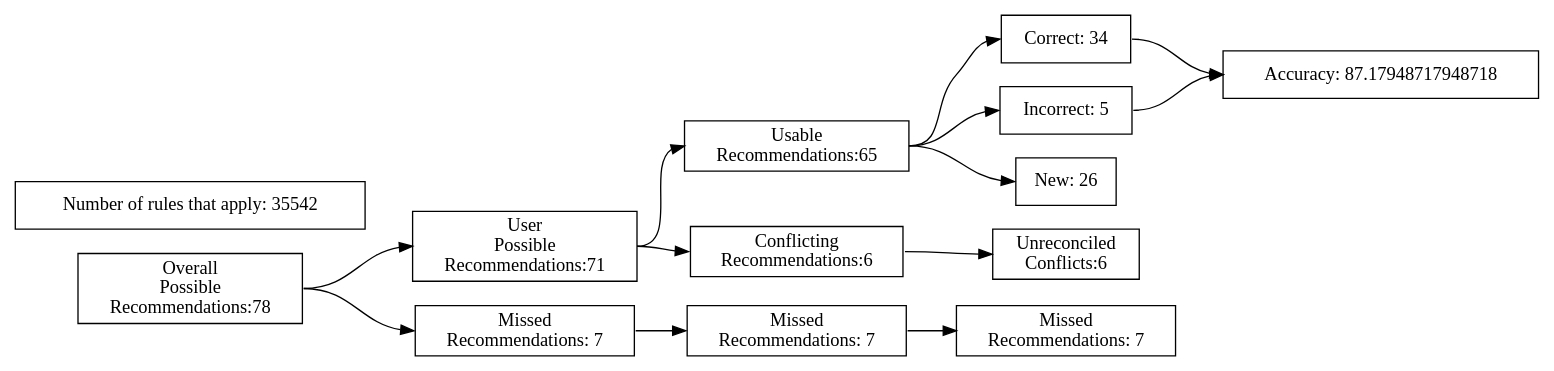
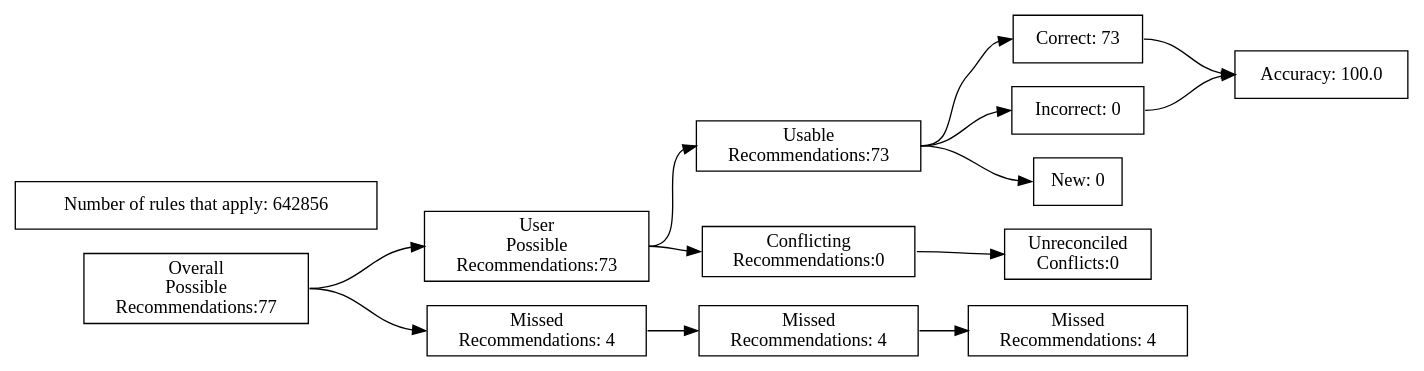
The diagram in test_renders/83.gv (ZaxR/ibd_diet_analysis), drawn with Graphviz before and after one commit. The commit also changed 224 other files, not shown here.

Commit message:
Add model summary chart; fix typos

```diff
--- a/test_renders/83.gv
+++ b/test_renders/83.gv
@@ -1,40 +1,40 @@
 digraph {
 	graph [rankdir=LR]
 	node [pos=r shape=box]
 	edge [headport=w tailport=e]
 		A [label="Overall
 Possible
-Recommendations:78"]
+Recommendations:77"]
 		B [label="User
 Possible
-Recommendations:71"]
+Recommendations:73"]
 		C [label="Missed
-Recommendations: 7"]
+Recommendations: 4"]
 		D [label="Usable
-Recommendations:65"]
+Recommendations:73"]
 		E [label="Conflicting
-Recommendations:6"]
+Recommendations:0"]
 		J [label="Missed
-Recommendations: 7"]
+Recommendations: 4"]
 		M [label="Unreconciled
-Conflicts:6"]
-		F [label="Correct: 34"]
-		G [label="Incorrect: 5"]
-		H [label="New: 26"]
+Conflicts:0"]
+		F [label="Correct: 73"]
+		G [label="Incorrect: 0"]
+		H [label="New: 0"]
 		K [label="Missed
-Recommendations: 7"]
-		I [label="Accuracy: 87.17948717948718"]
-		l [label="Number of rules that apply: 35542"]
+Recommendations: 4"]
+		I [label="Accuracy: 100.0"]
+		l [label="Number of rules that apply: 642856"]
 			A -> B
 			A -> C
 			B -> D
 			B -> E
 			D -> F
 			D -> G
 			D -> H
 			F -> I
 			G -> I
 			C -> J
 			J -> K
 			E -> M
 }
```
